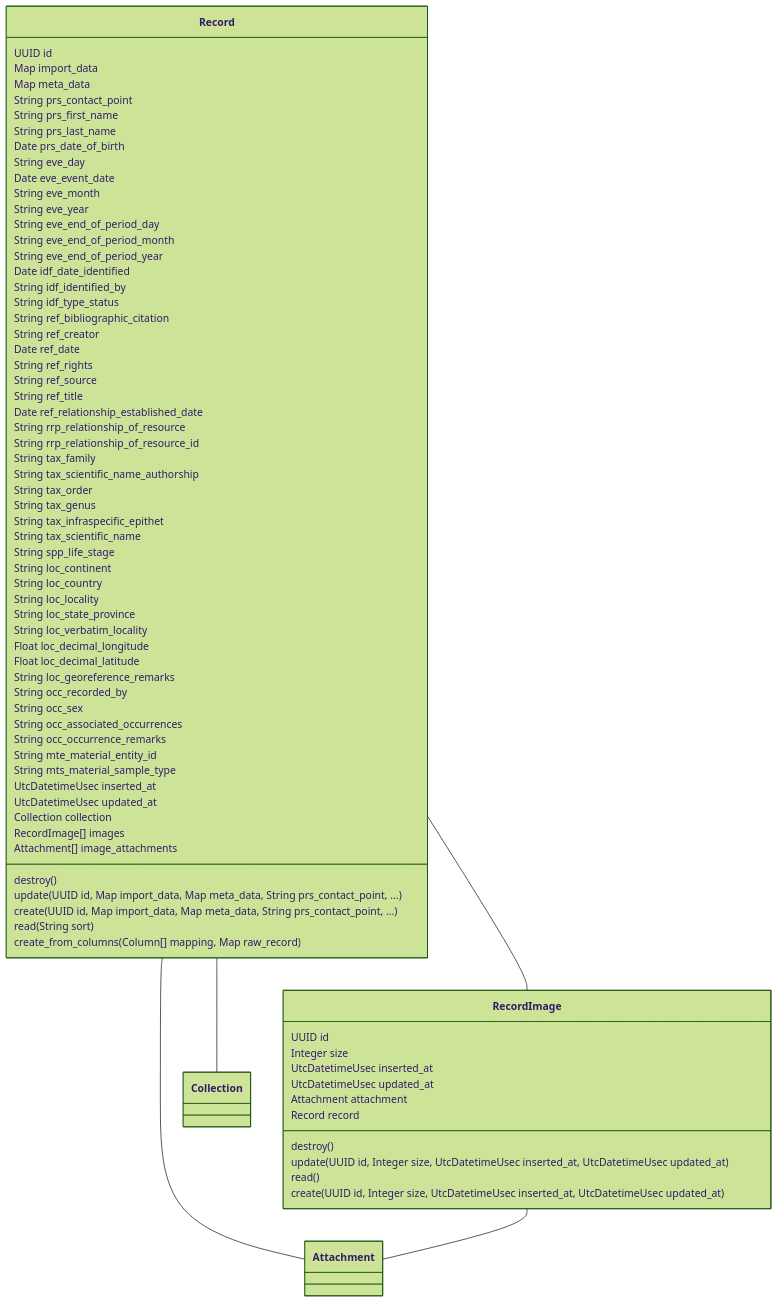
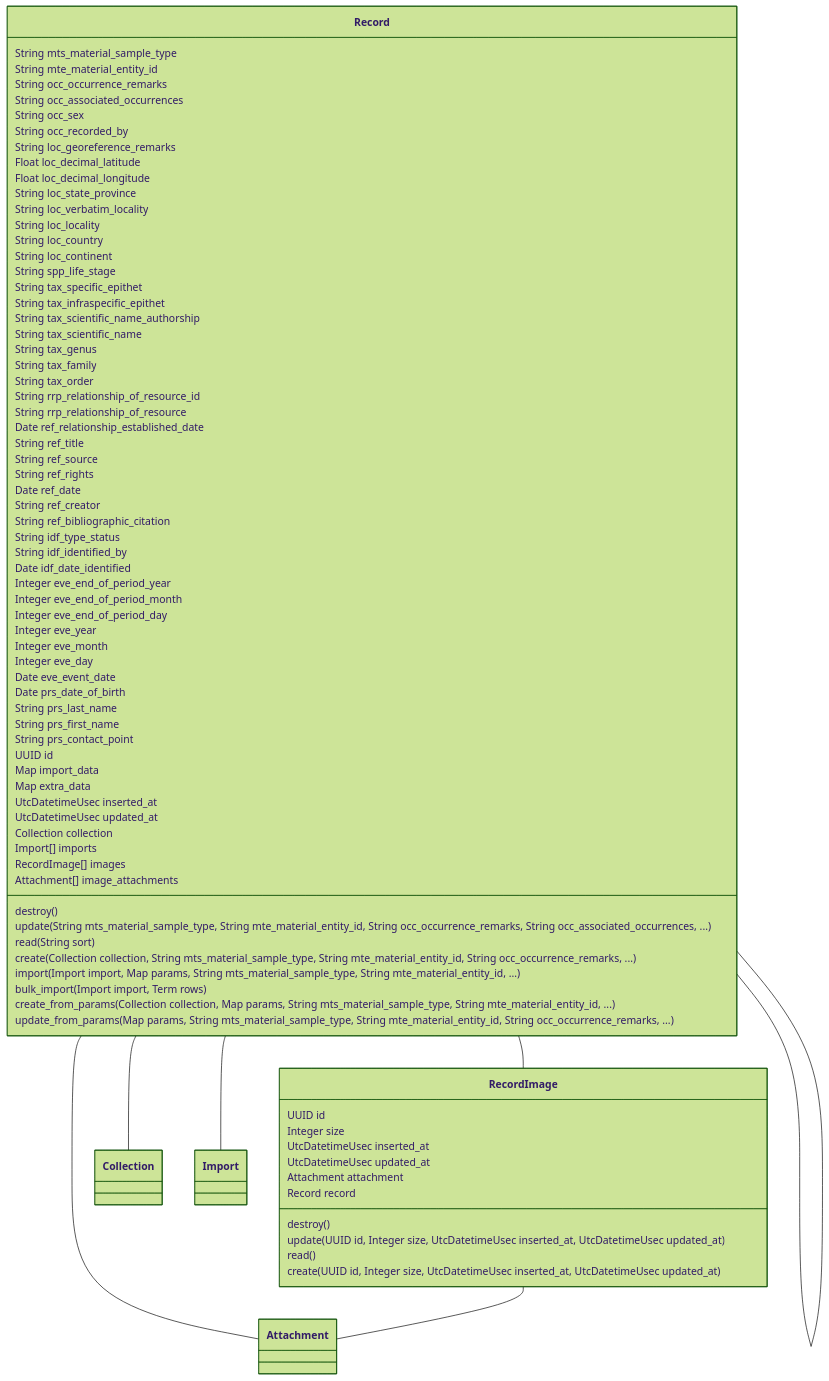
The diagram in lib/data_aggregator/data/data-mermaid-class-diagram.md (zebbra/data_aggregator), drawn with Mermaid (forest theme) before and after one commit. The commit also changed 41 other files, not shown here.

````diff
--- a/lib/data_aggregator/data/data-mermaid-class-diagram.md
+++ b/lib/data_aggregator/data/data-mermaid-class-diagram.md
@@ -1,63 +1,68 @@
 ```mermaid
 classDiagram
     class Record {
+        String mts_material_sample_type
+        String mte_material_entity_id
+        String occ_occurrence_remarks
+        String occ_associated_occurrences
+        String occ_sex
+        String occ_recorded_by
+        String loc_georeference_remarks
+        Float loc_decimal_latitude
+        Float loc_decimal_longitude
+        String loc_state_province
+        String loc_verbatim_locality
+        String loc_locality
+        String loc_country
+        String loc_continent
+        String spp_life_stage
+        String tax_specific_epithet
+        String tax_infraspecific_epithet
+        String tax_scientific_name_authorship
+        String tax_scientific_name
+        String tax_genus
+        String tax_family
+        String tax_order
+        String rrp_relationship_of_resource_id
+        String rrp_relationship_of_resource
+        Date ref_relationship_established_date
+        String ref_title
+        String ref_source
+        String ref_rights
+        Date ref_date
+        String ref_creator
+        String ref_bibliographic_citation
+        String idf_type_status
+        String idf_identified_by
+        Date idf_date_identified
+        Integer eve_end_of_period_year
+        Integer eve_end_of_period_month
+        Integer eve_end_of_period_day
+        Integer eve_year
+        Integer eve_month
+        Integer eve_day
+        Date eve_event_date
+        Date prs_date_of_birth
+        String prs_last_name
+        String prs_first_name
+        String prs_contact_point
         UUID id
         Map import_data
-        Map meta_data
-        String prs_contact_point
-        String prs_first_name
-        String prs_last_name
-        Date prs_date_of_birth
-        String eve_day
-        Date eve_event_date
-        String eve_month
-        String eve_year
-        String eve_end_of_period_day
-        String eve_end_of_period_month
-        String eve_end_of_period_year
-        Date idf_date_identified
-        String idf_identified_by
-        String idf_type_status
-        String ref_bibliographic_citation
-        String ref_creator
-        Date ref_date
-        String ref_rights
-        String ref_source
-        String ref_title
-        Date ref_relationship_established_date
-        String rrp_relationship_of_resource
-        String rrp_relationship_of_resource_id
-        String tax_family
-        String tax_scientific_name_authorship
-        String tax_order
-        String tax_genus
-        String tax_infraspecific_epithet
-        String tax_scientific_name
-        String spp_life_stage
-        String loc_continent
-        String loc_country
-        String loc_locality
-        String loc_state_province
-        String loc_verbatim_locality
-        Float loc_decimal_longitude
-        Float loc_decimal_latitude
-        String loc_georeference_remarks
-        String occ_recorded_by
-        String occ_sex
-        String occ_associated_occurrences
-        String occ_occurrence_remarks
-        String mte_material_entity_id
-        String mts_material_sample_type
+        Map extra_data
         UtcDatetimeUsec inserted_at
         UtcDatetimeUsec updated_at
         Collection collection
+        Import[] imports
         RecordImage[] images
         Attachment[] image_attachments
         destroy()
-        update(UUID id, Map import_data, Map meta_data, String prs_contact_point, ...)
-        create(UUID id, Map import_data, Map meta_data, String prs_contact_point, ...)
+        update(String mts_material_sample_type, String mte_material_entity_id, String occ_occurrence_remarks, String occ_associated_occurrences, ...)
         read(String sort)
-        create_from_columns(Column[] mapping, Map raw_record)
+        create(Collection collection, String mts_material_sample_type, String mte_material_entity_id, String occ_occurrence_remarks, ...)
+        import(Import import, Map params, String mts_material_sample_type, String mte_material_entity_id, ...)
+        bulk_import(Import import, Term rows)
+        create_from_params(Collection collection, Map params, String mts_material_sample_type, String mte_material_entity_id, ...)
+        update_from_params(Map params, String mts_material_sample_type, String mte_material_entity_id, String occ_occurrence_remarks, ...)
     }
     class RecordImage {
         UUID id
@@ -75,6 +80,8 @@
     Record -- RecordImage
     Record -- Attachment
     Record -- Collection
+    Record -- Import
+    Record -- Record
     RecordImage -- Attachment
 
 ```
````
